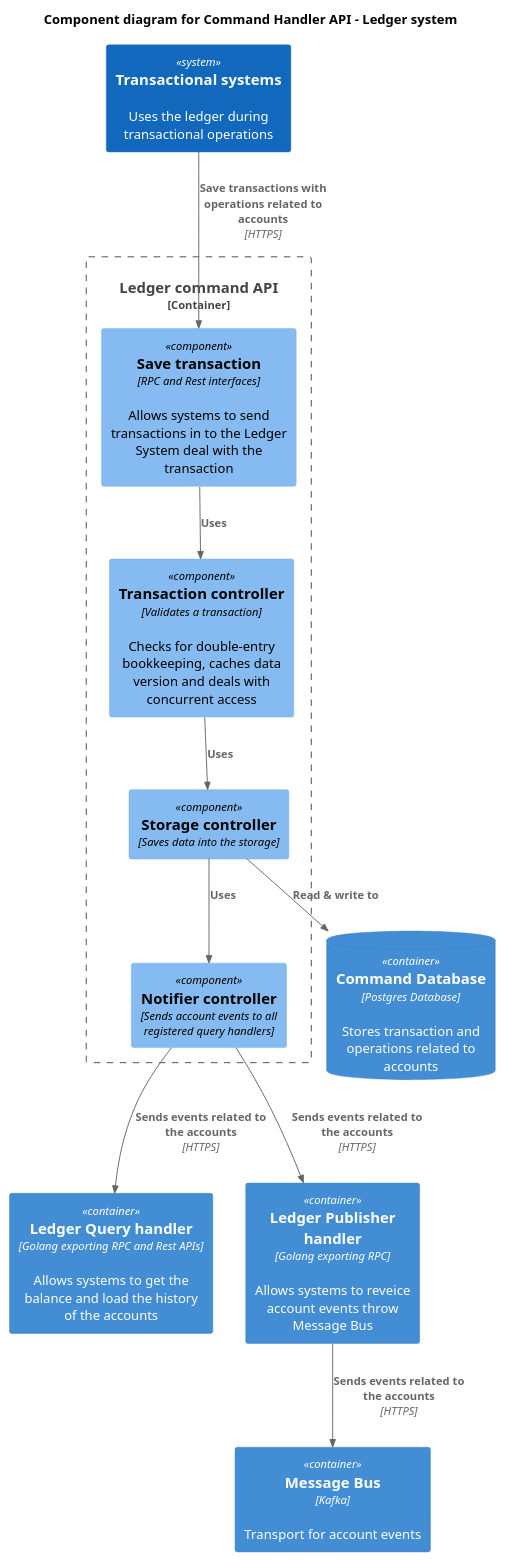
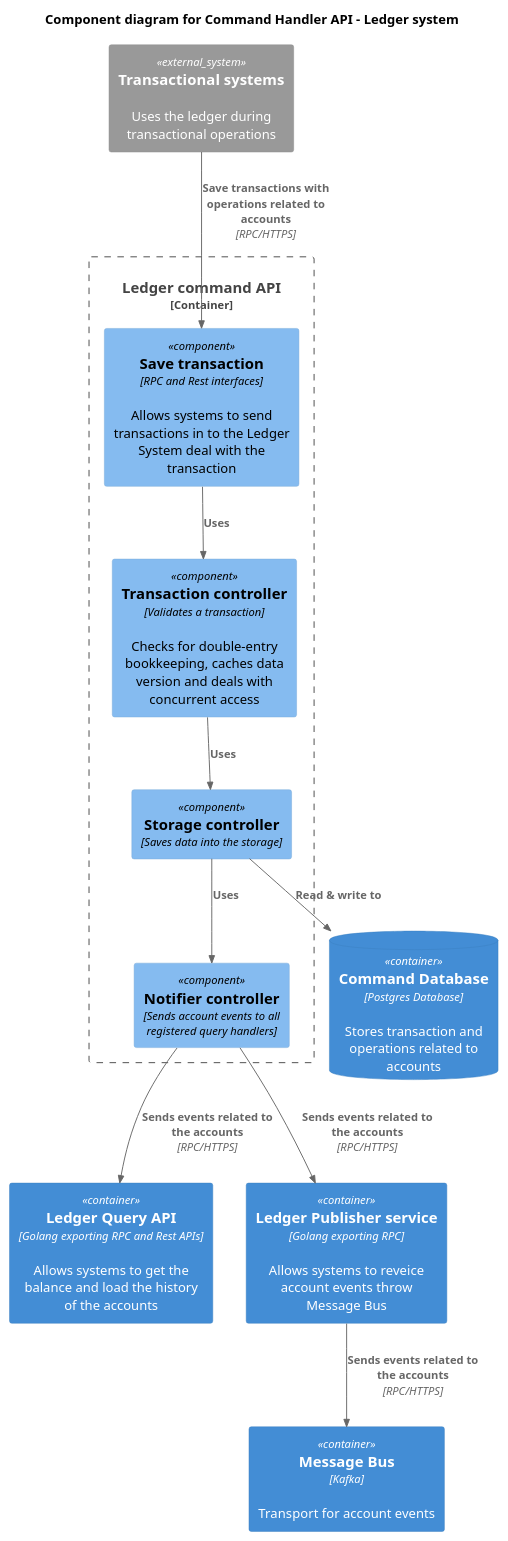
The diagram in docs/c4model/level_3_command_handler_component_diagram.puml (fernandodr19/the-amazing-ledger), drawn with PlantUML before and after one commit. The commit also changed 15 other files, not shown here.

Commit message:
docs: improvements in c4 diagrams

```diff
--- a/docs/c4model/level_3_command_handler_component_diagram.puml
+++ b/docs/c4model/level_3_command_handler_component_diagram.puml
@@ -1,31 +1,31 @@
 @startuml Basic Sample
 !includeurl https://raw.githubusercontent.com/RicardoNiepel/C4-PlantUML/release/1-0/C4_Component.puml
 
 title Component diagram for Command Handler API - Ledger system
 
-System(transactional_systems, "Transactional systems", "Uses the ledger during transactional operations")
+System_Ext(transactional_systems, "Transactional systems", "Uses the ledger during transactional operations")
 
-Container(ledger_query_api, "Ledger Query handler", "Golang exporting RPC and Rest APIs", "Allows systems to get the balance and load the history of the accounts")
-Container(ledger_pub_handler, "Ledger Publisher handler", "Golang exporting RPC", "Allows systems to reveice account events throw Message Bus")
+Container(ledger_query_api, "Ledger Query API", "Golang exporting RPC and Rest APIs", "Allows systems to get the balance and load the history of the accounts")
+Container(ledger_pub_service, "Ledger Publisher service", "Golang exporting RPC", "Allows systems to reveice account events throw Message Bus")
 
 ContainerDb(command_database, "Command Database", "Postgres Database", "Stores transaction and operations related to accounts")
 
 Container_Boundary(ledger, "Ledger command API") {
     Component(transaction_usecase, "Save transaction", "RPC and Rest interfaces", "Allows systems to send transactions in to the Ledger System deal with the transaction")
     Component(transaction_controller, "Transaction controller", "Validates a transaction", "Checks for double-entry bookkeeping, caches data version and deals with concurrent access")
     Component(storage_controller, "Storage controller", "Saves data into the storage")
     Component(notifier_controller, "Notifier controller", "Sends account events to all registered query handlers")
     Rel(transaction_usecase, transaction_controller, "Uses")
     Rel(transaction_controller, storage_controller, "Uses")
     Rel(storage_controller, notifier_controller, "Uses")
     Rel(storage_controller, command_database, "Read & write to")
 }
 
 Container(message_bus, "Message Bus", "Kafka", "Transport for account events")
 
-Rel(transactional_systems, transaction_usecase, "Save transactions with operations related to accounts", "HTTPS")
-Rel(notifier_controller, ledger_query_api, "Sends events related to the accounts", "HTTPS")
-Rel(notifier_controller, ledger_pub_handler, "Sends events related to the accounts", "HTTPS")
-Rel(ledger_pub_handler, message_bus, "Sends events related to the accounts", "HTTPS")
+Rel(transactional_systems, transaction_usecase, "Save transactions with operations related to accounts", "RPC/HTTPS")
+Rel(notifier_controller, ledger_query_api, "Sends events related to the accounts", "RPC/HTTPS")
+Rel(notifier_controller, ledger_pub_service, "Sends events related to the accounts", "RPC/HTTPS")
+Rel(ledger_pub_service, message_bus, "Sends events related to the accounts", "RPC/HTTPS")
 
 @enduml
```
